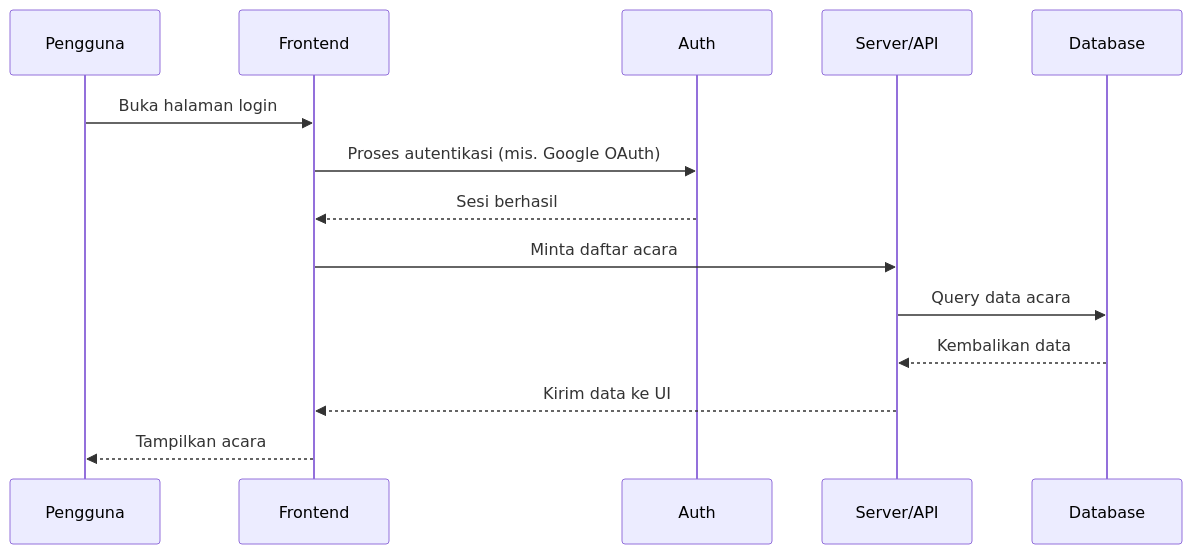
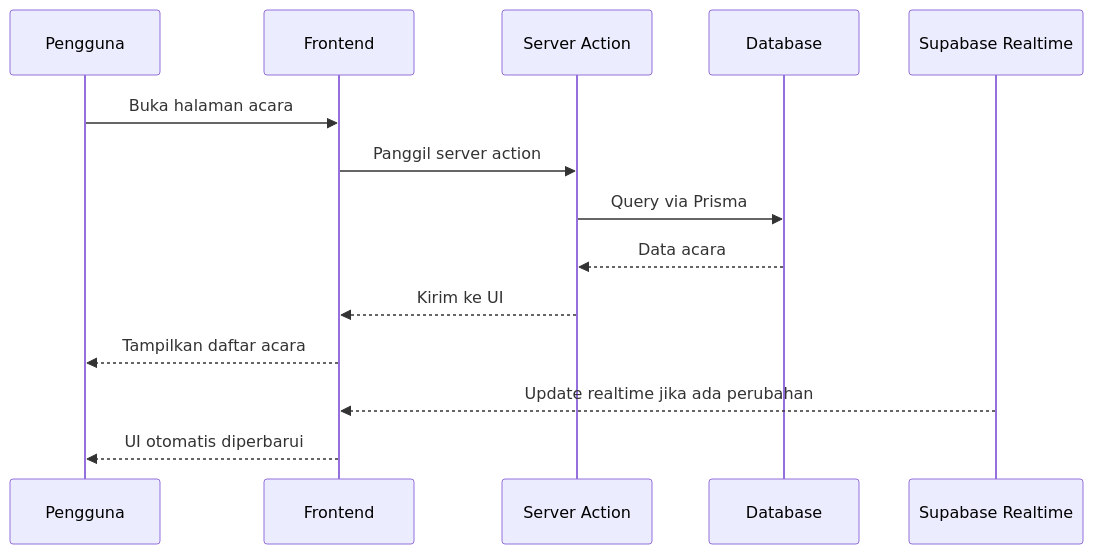
The third of 5 diagrams in README.md (Arrantisi/ppi-bartin-web), drawn with Mermaid before and after one commit. The commit also changed other lines of this file, not shown here.

````diff
--- a/README.md
+++ b/README.md
@@ -113,17 +121,17 @@
 ```mermaid
 sequenceDiagram
-	participant U as Pengguna
-	participant F as Frontend
-	participant A as Auth
-	participant S as Server/API
-	participant D as Database
+    participant U as Pengguna
+    participant F as Frontend
+    participant S as Server Action
+    participant D as Database
+    participant R as Supabase Realtime
 
-	U->>F: Buka halaman login
-	F->>A: Proses autentikasi (mis. Google OAuth)
-	A-->>F: Sesi berhasil
-	F->>S: Minta daftar acara
-	S->>D: Query data acara
-	D-->>S: Kembalikan data
-	S-->>F: Kirim data ke UI
-	F-->>U: Tampilkan acara
+    U->>F: Buka halaman acara
+    F->>S: Panggil server action
+    S->>D: Query via Prisma
+    D-->>S: Data acara
+    S-->>F: Kirim ke UI
+    F-->>U: Tampilkan daftar acara
+    R-->>F: Update realtime jika ada perubahan
+    F-->>U: UI otomatis diperbarui
 ```
````
